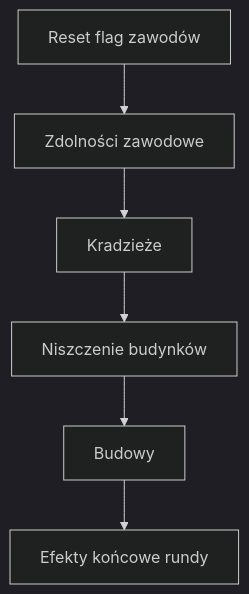
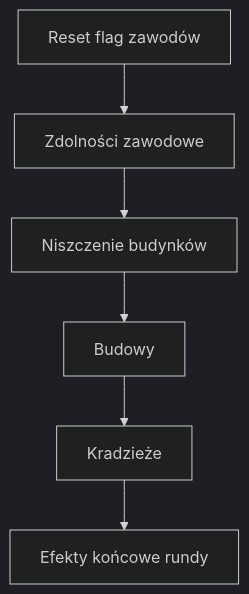
The diagram in docs/game/round-resolution.md (darara47/figlolandia), drawn with Mermaid (dark theme) before and after one commit. The commit also changed other lines of this file and 19 other files, not shown here.

````diff
--- a/docs/game/round-resolution.md
+++ b/docs/game/round-resolution.md
@@ -7,8 +7,8 @@
 ```mermaid
 flowchart TD
     A[Reset flag zawodów] --> B[Zdolności zawodowe]
-    B --> C[Kradzieże]
-    C --> D[Niszczenie budynków]
-    D --> E[Budowy]
+    B --> C[Niszczenie budynków]
+    C --> D[Budowy]
+    D --> E[Kradzieże]
     E --> F[Efekty końcowe rundy]
 ```
````
